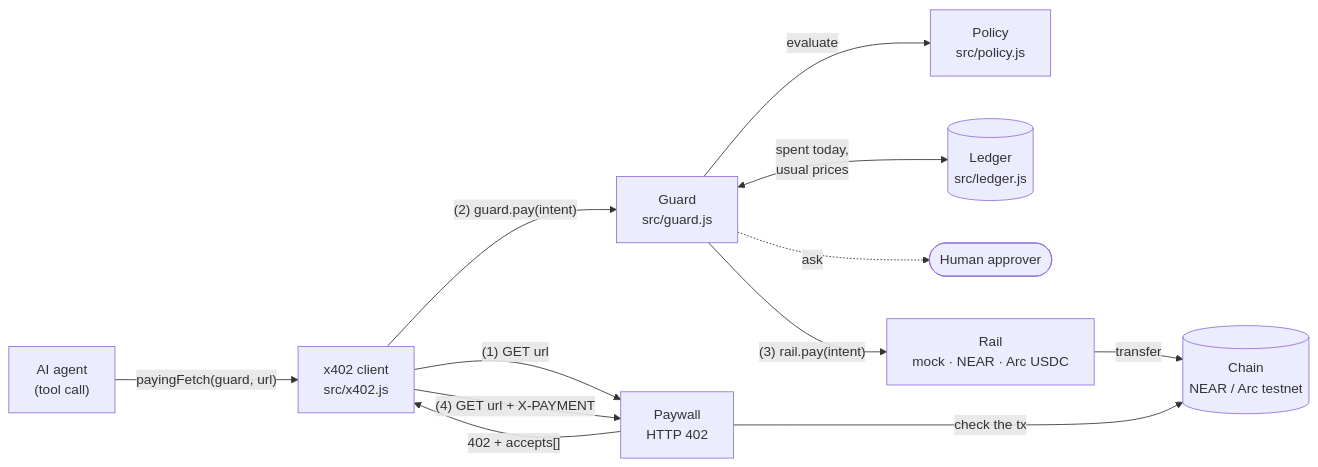
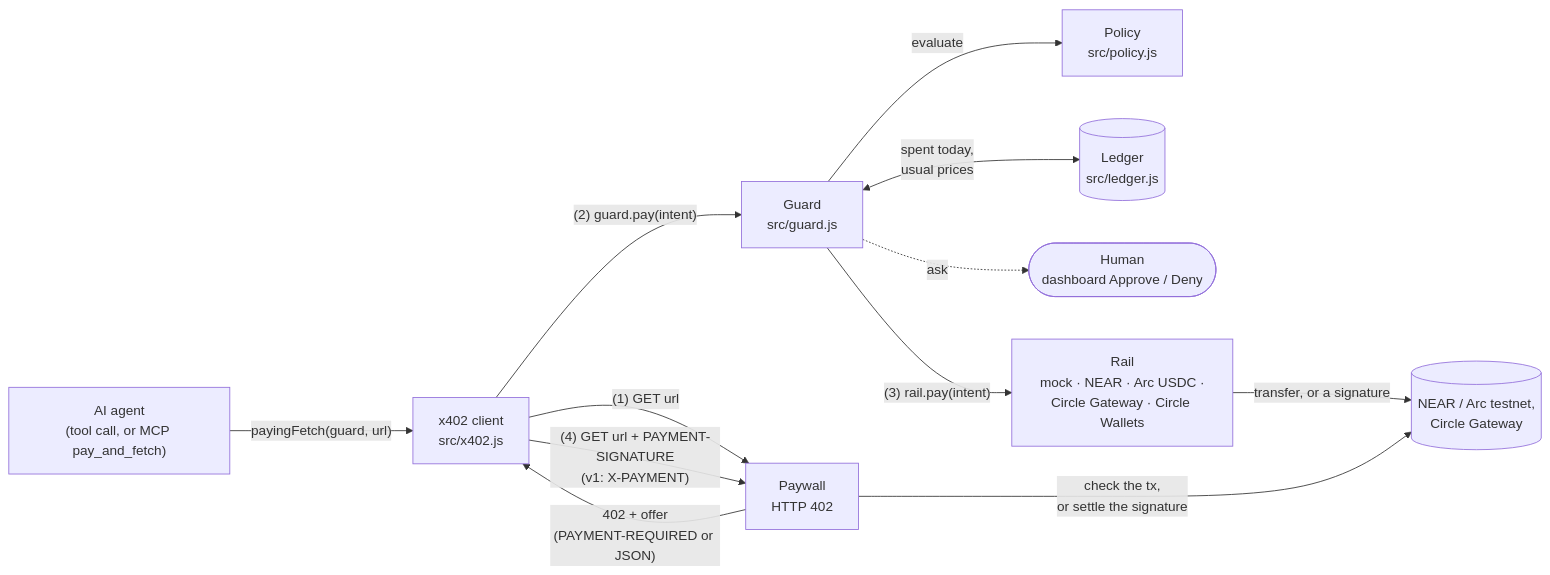
One commit to vulinh1704/spend-guard changed the first of 2 diagrams in docs/architecture.md. Above: the diagram before and after it, drawn with Mermaid. The commit also changed other lines of this file and 8 other files, not shown here.

````diff
--- a/docs/architecture.md
+++ b/docs/architecture.md
@@ -5,14 +5,14 @@
 ```mermaid
 flowchart LR
-  agent["AI agent<br/>(tool call)"] -->|"payingFetch(guard, url)"| x402["x402 client<br/>src/x402.js"]
+  agent["AI agent<br/>(tool call, or MCP pay_and_fetch)"] -->|"payingFetch(guard, url)"| x402["x402 client<br/>src/x402.js"]
   x402 -->|"(1) GET url"| paywall["Paywall<br/>HTTP 402"]
-  paywall -->|"402 + accepts[]"| x402
+  paywall -->|"402 + offer<br/>(PAYMENT-REQUIRED or JSON)"| x402
   x402 -->|"(2) guard.pay(intent)"| guard["Guard<br/>src/guard.js"]
   guard -->|"evaluate"| policy["Policy<br/>src/policy.js"]
   guard <-->|"spent today,<br/>usual prices"| ledger[("Ledger<br/>src/ledger.js")]
-  guard -.->|"ask"| human(["Human approver"])
-  guard -->|"(3) rail.pay(intent)"| rail["Rail<br/>mock · NEAR · Arc USDC"]
-  rail -->|"transfer"| chain[("Chain<br/>NEAR / Arc testnet")]
-  x402 -->|"(4) GET url + X-PAYMENT"| paywall
-  paywall -->|"check the tx"| chain
+  guard -.->|"ask"| human(["Human<br/>dashboard Approve / Deny"])
+  guard -->|"(3) rail.pay(intent)"| rail["Rail<br/>mock · NEAR · Arc USDC ·<br/>Circle Gateway · Circle Wallets"]
+  rail -->|"transfer, or a signature"| chain[("NEAR / Arc testnet,<br/>Circle Gateway")]
+  x402 -->|"(4) GET url + PAYMENT-SIGNATURE<br/>(v1: X-PAYMENT)"| paywall
+  paywall -->|"check the tx,<br/>or settle the signature"| chain
 ```
````
